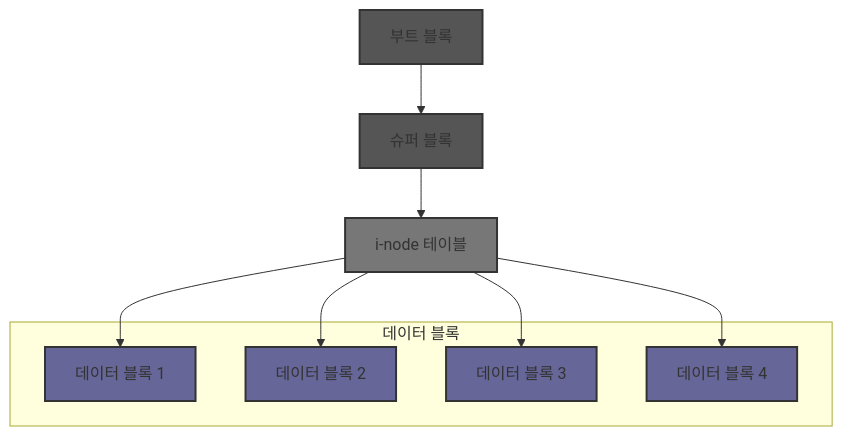
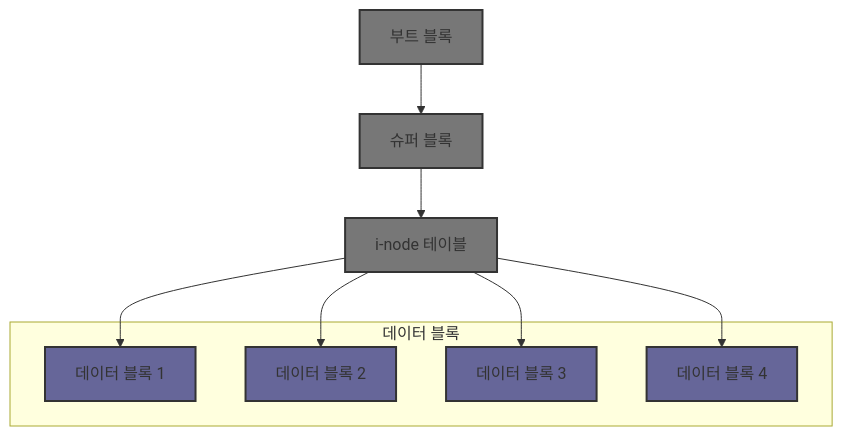
Before and after one commit to kakaotech-25/cs-plant-interview: the diagram in OS/파일시스템/디스크블록.md, drawn with Mermaid.

````diff
--- a/OS/파일시스템/디스크블록.md
+++ b/OS/파일시스템/디스크블록.md
@@ -15,25 +15,25 @@
 ```mermaid
 graph TB
     A[부트 블록] --> B[슈퍼 블록]
     B --> C[i-node 테이블]
     subgraph 데이터 블록
         D1[데이터 블록 1]
         D2[데이터 블록 2]
         D3[데이터 블록 3]
         D4[데이터 블록 4]
     end
     C --> D1
     C --> D2
     C --> D3
     C --> D4
 
-    style A fill:#555555,stroke:#333333,stroke-width:2px
-    style B fill:#555555,stroke:#333333,stroke-width:2px
+    style A fill:#777777,stroke:#333333,stroke-width:2px
+    style B fill:#777777,stroke:#333333,stroke-width:2px
     style C fill:#777777,stroke:#333333,stroke-width:2px
     style D1 fill:#666699,stroke:#333333,stroke-width:2px
     style D2 fill:#666699,stroke:#333333,stroke-width:2px
     style D3 fill:#666699,stroke:#333333,stroke-width:2px
     style D4 fill:#666699,stroke:#333333,stroke-width:2px
 
 
 ```
````
